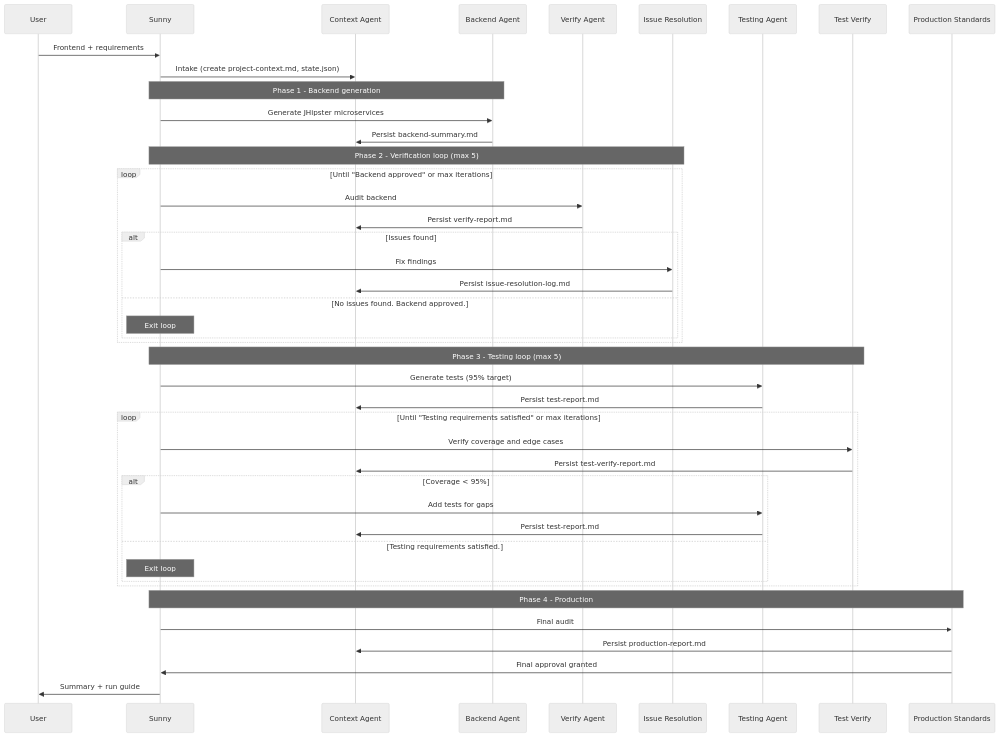
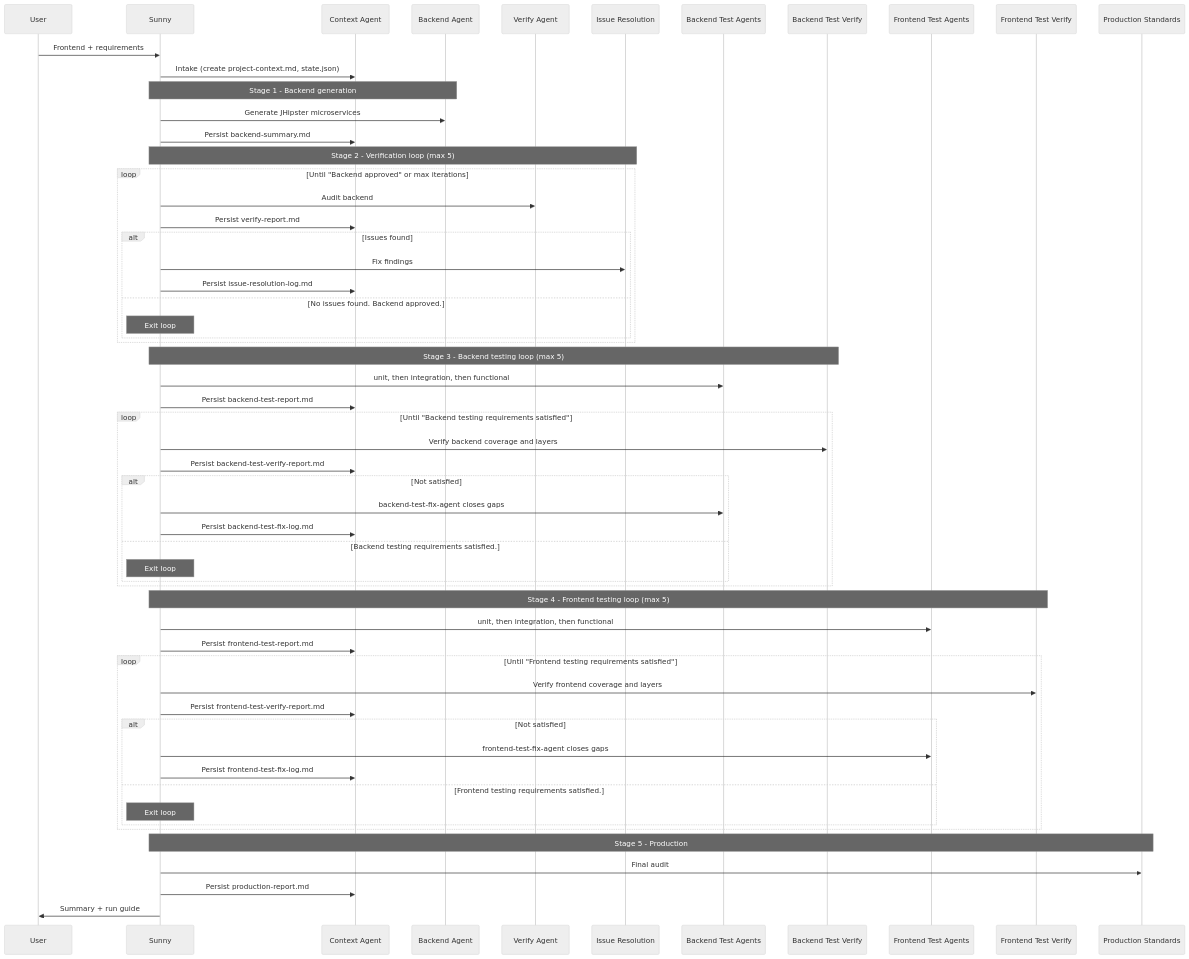
One commit to priyam-qo-box/agents changed the second of 2 diagrams in .cursor/agents/README.md. Above: the diagram before and after it, drawn with Mermaid (neutral theme). The commit also changed other lines of this file and 18 other files, not shown here.

````diff
--- a/.cursor/agents/README.md
+++ b/.cursor/agents/README.md
@@ -93,51 +110,66 @@
 ```mermaid
 sequenceDiagram
     participant U as User
     participant S as Sunny
     participant C as Context Agent
     participant B as Backend Agent
     participant V as Verify Agent
     participant I as Issue Resolution
-    participant T as Testing Agent
-    participant TV as Test Verify
+    participant BT as Backend Test Agents
+    participant BTV as Backend Test Verify
+    participant FT as Frontend Test Agents
+    participant FTV as Frontend Test Verify
     participant P as Production Standards
 
     U->>S: Frontend + requirements
     S->>C: Intake (create project-context.md, state.json)
 
-    Note over S,B: Phase 1 - Backend generation
+    Note over S,B: Stage 1 - Backend generation
     S->>B: Generate JHipster microservices
-    B->>C: Persist backend-summary.md
+    S->>C: Persist backend-summary.md
 
-    Note over S,I: Phase 2 - Verification loop (max 5)
+    Note over S,I: Stage 2 - Verification loop (max 5)
     loop Until "Backend approved" or max iterations
         S->>V: Audit backend
-        V->>C: Persist verify-report.md
+        S->>C: Persist verify-report.md
         alt Issues found
             S->>I: Fix findings
-            I->>C: Persist issue-resolution-log.md
+            S->>C: Persist issue-resolution-log.md
         else No issues found. Backend approved.
             Note over S: Exit loop
         end
     end
 
-    Note over S,TV: Phase 3 - Testing loop (max 5)
-    S->>T: Generate tests (95% target)
-    T->>C: Persist test-report.md
-    loop Until "Testing requirements satisfied" or max iterations
-        S->>TV: Verify coverage and edge cases
-        TV->>C: Persist test-verify-report.md
-        alt Coverage < 95%
-            S->>T: Add tests for gaps
-            T->>C: Persist test-report.md
-        else Testing requirements satisfied.
+    Note over S,BTV: Stage 3 - Backend testing loop (max 5)
+    S->>BT: unit, then integration, then functional
+    S->>C: Persist backend-test-report.md
+    loop Until "Backend testing requirements satisfied"
+        S->>BTV: Verify backend coverage and layers
+        S->>C: Persist backend-test-verify-report.md
+        alt Not satisfied
+            S->>BT: backend-test-fix-agent closes gaps
+            S->>C: Persist backend-test-fix-log.md
+        else Backend testing requirements satisfied.
             Note over S: Exit loop
         end
     end
 
-    Note over S,P: Phase 4 - Production
+    Note over S,FTV: Stage 4 - Frontend testing loop (max 5)
+    S->>FT: unit, then integration, then functional
+    S->>C: Persist frontend-test-report.md
+    loop Until "Frontend testing requirements satisfied"
+        S->>FTV: Verify frontend coverage and layers
+        S->>C: Persist frontend-test-verify-report.md
+        alt Not satisfied
+            S->>FT: frontend-test-fix-agent closes gaps
+            S->>C: Persist frontend-test-fix-log.md
+        else Frontend testing requirements satisfied.
+            Note over S: Exit loop
+        end
+    end
+
+    Note over S,P: Stage 5 - Production
     S->>P: Final audit
-    P->>C: Persist production-report.md
-    P->>S: Final approval granted
+    S->>C: Persist production-report.md
     S->>U: Summary + run guide
 ```
````
